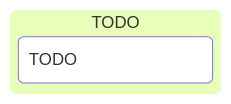
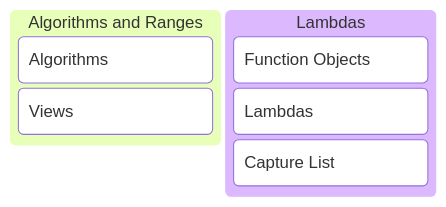
One commit to GlennVL-AP/cpp-programming-slides changed the diagram in slides/session_7/index.md. Above: the diagram before and after it, drawn with Mermaid. The commit also changed other lines of this file, not shown here.

Commit message:
add section about lambdas

````diff
--- a/slides/session_7/index.md
+++ b/slides/session_7/index.md
@@ -7,5 +7,10 @@
 ```mermaid
 kanban
-  column1[TODO]
-    task1[TODO]
+  column1[Algorithms and Ranges]
+    task1[Algorithms]
+    task2[Views]
+  column2[Lambdas]
+    task3[Function Objects]
+    task4[Lambdas]
+    task5[Capture List]
 ```
````
